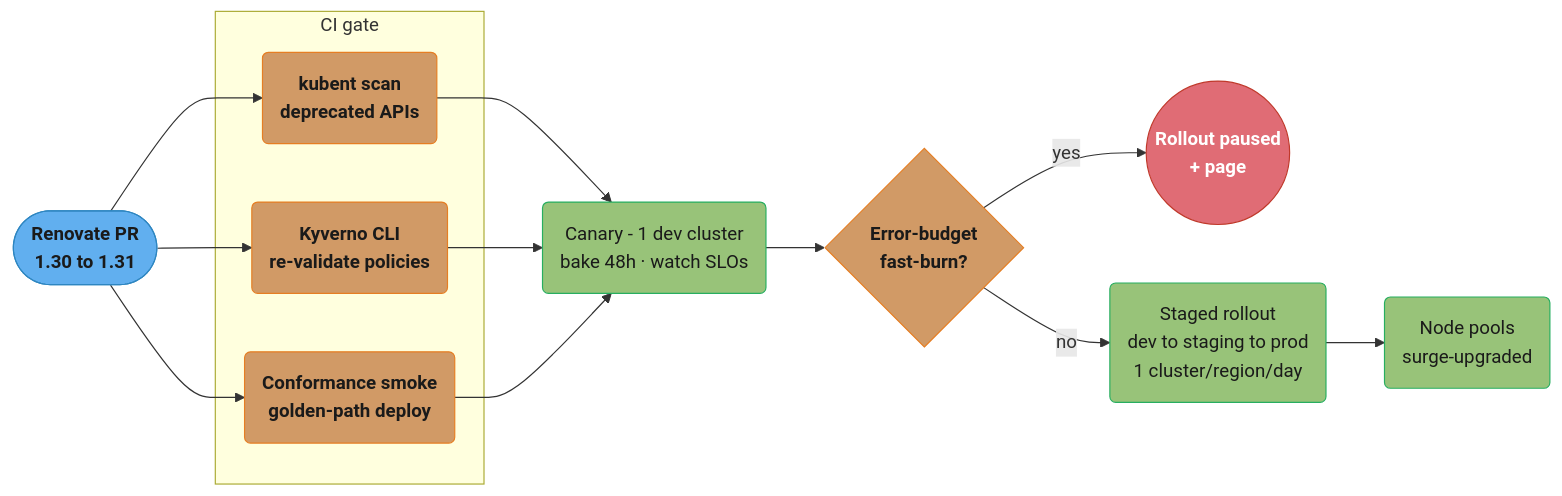
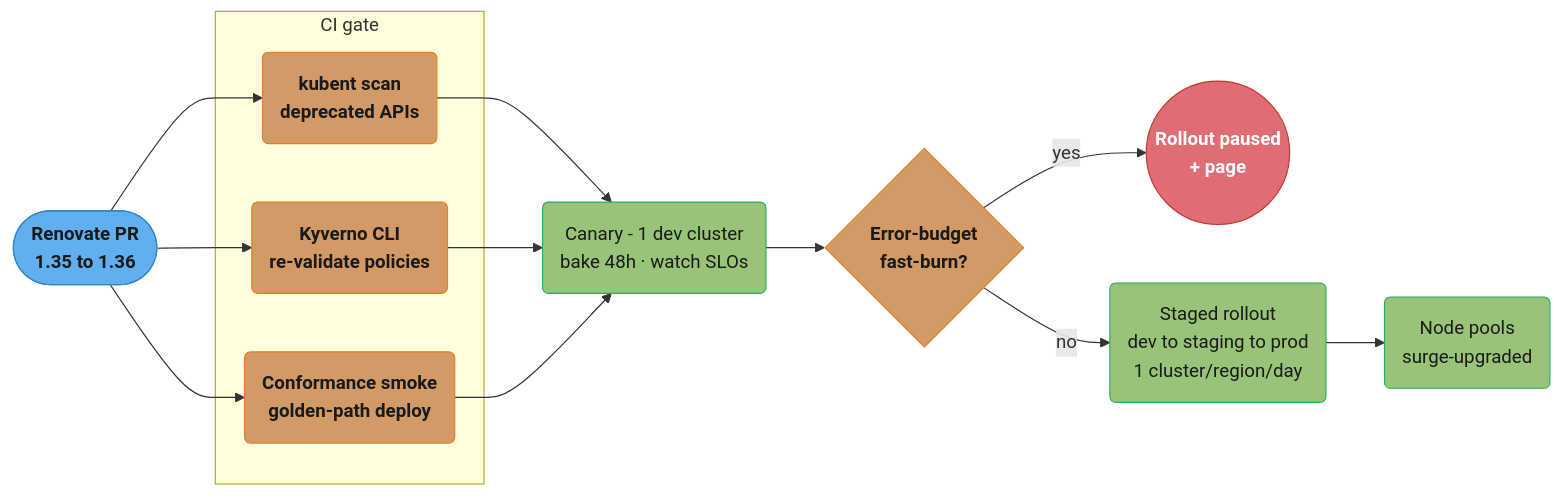
The fifth of 6 diagrams in src/main/java/com/rutik/systemdesign/devops/case_studies/design_kubernetes_platform.md (rppol/system-design), drawn with Mermaid before and after one commit. The commit also changed other lines of this file and 2 other files, not shown here.

````diff
--- a/src/main/java/com/rutik/systemdesign/devops/case_studies/design_kubernetes_platform.md
+++ b/src/main/java/com/rutik/systemdesign/devops/case_studies/design_kubernetes_platform.md
@@ -678,42 +697,42 @@
 ```mermaid
 flowchart LR
     classDef io      fill:#61afef,stroke:#2e86c1,color:#1a1a1a,font-weight:bold
     classDef frozen  fill:#c678dd,stroke:#9b59b6,color:#fff
     classDef train   fill:#98c379,stroke:#27ae60,color:#1a1a1a
     classDef mathOp  fill:#d19a66,stroke:#e67e22,color:#1a1a1a,font-weight:bold
     classDef lossN   fill:#e06c75,stroke:#c0392b,color:#fff,font-weight:bold
     classDef req     fill:#56b6c2,stroke:#0097a7,color:#1a1a1a
     classDef base    fill:#e5c07b,stroke:#f39c12,color:#1a1a1a
 
-    pr(["Renovate PR<br/>1.30 to 1.31"])
+    pr(["Renovate PR<br/>1.35 to 1.36"])
 
     subgraph GATE["CI gate"]
         kubent("kubent scan<br/>deprecated APIs")
         kyvcli("Kyverno CLI<br/>re-validate policies")
         smoke("Conformance smoke<br/>golden-path deploy")
     end
 
     canary("Canary - 1 dev cluster<br/>bake 48h · watch SLOs")
     burn{"Error-budget<br/>fast-burn?"}
     halt(("Rollout paused<br/>+ page"))
     staged("Staged rollout<br/>dev to staging to prod<br/>1 cluster/region/day")
     surge("Node pools<br/>surge-upgraded")
 
     pr --> kubent
     pr --> kyvcli
     pr --> smoke
     kubent --> canary
     kyvcli --> canary
     smoke --> canary
     canary --> burn
     burn -- "yes" --> halt
     burn -- "no" --> staged
     staged --> surge
 
     class pr io
     class kubent,kyvcli,smoke mathOp
     class canary train
     class burn mathOp
     class halt lossN
     class staged,surge train
 ```
````
